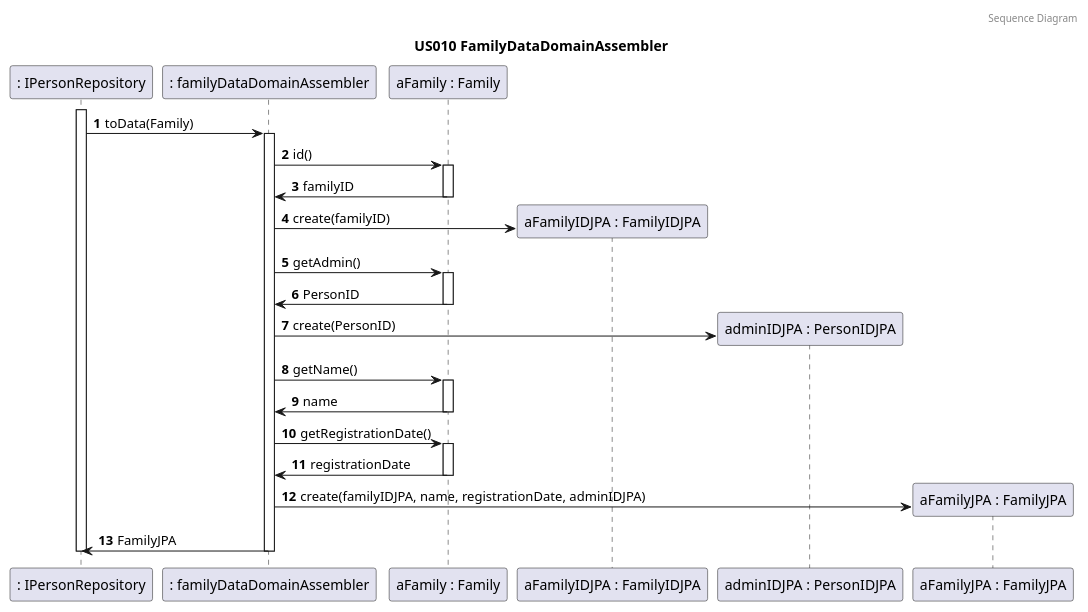
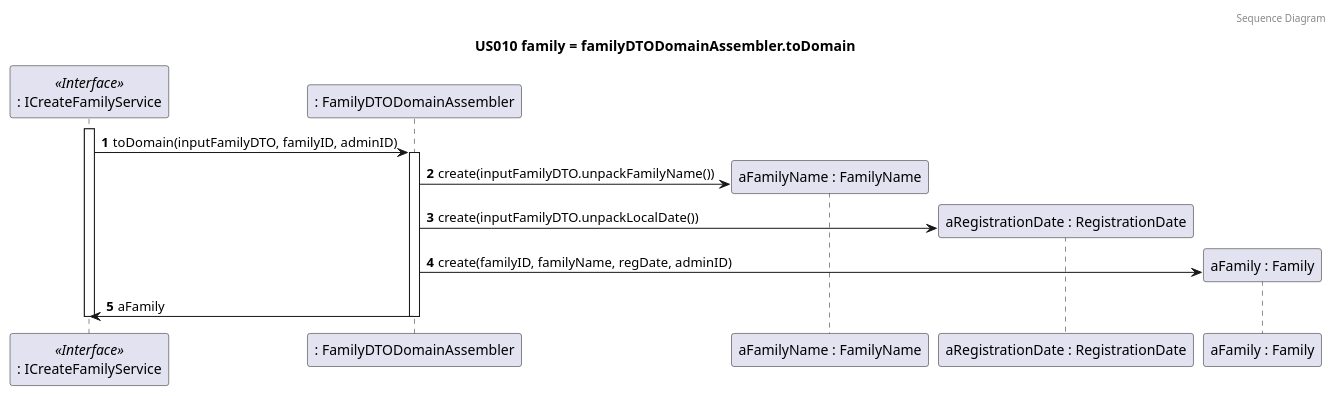
The fifth of 8 diagrams in docs/sprint4/user_stories/US010_CreateAFamilyAndSetAdministrator.md (tomas-osswald/switch_2020_g3), drawn with PlantUML before and after one commit.

Commit message:
changed SDs to match established namings and include interface stereotypes

`````diff
--- a/docs/sprint4/user_stories/US010_CreateAFamilyAndSetAdministrator.md
+++ b/docs/sprint4/user_stories/US010_CreateAFamilyAndSetAdministrator.md
@@ -228,42 +204,25 @@
 ````puml
 @startuml
 
 autonumber
 header Sequence Diagram
-title US010 FamilyDataDomainAssembler 
+title US010 family = familyDTODomainAssembler.toDomain 
 
-participant ": IPersonRepository" as personRepo
-participant ": familyDataDomainAssembler" as assembler
-participant "aFamily : Family" as Family
-participant "aFamilyIDJPA : FamilyIDJPA" as FamilyIDJPA
-participant "adminIDJPA : PersonIDJPA" as PersonIDJPA
-participant "aFamilyJPA : FamilyJPA" as FamilyJPA
+participant ": ICreateFamilyService" as CreateFamService <<Interface>>
+participant ": FamilyDTODomainAssembler" as assembler
+participant "aFamilyName : FamilyName" as familyName
+participant "aRegistrationDate : RegistrationDate" as regDate
+participant "aFamily : Family" as family
 
-activate personRepo
-personRepo -> assembler : toData(Family)
+activate CreateFamService
+CreateFamService -> assembler : toDomain(inputFamilyDTO, familyID, adminID)
 activate assembler
-assembler -> Family : id()
-activate Family 
-Family -> assembler : familyID
-deactivate Family 
-assembler -> FamilyIDJPA** : create(familyID)
-assembler -> Family : getAdmin()
-activate Family 
-Family -> assembler : PersonID
-deactivate Family 
-assembler -> PersonIDJPA** : create(PersonID)
-assembler -> Family : getName()
-activate Family 
-Family -> assembler : name
-deactivate Family 
-assembler -> Family : getRegistrationDate()
-activate Family 
-Family -> assembler : registrationDate
-deactivate Family 
-assembler -> FamilyJPA** : create(familyIDJPA, name, registrationDate, adminIDJPA)
-assembler -> personRepo : FamilyJPA
+assembler -> familyName** : create(inputFamilyDTO.unpackFamilyName())
+assembler -> regDate** : create(inputFamilyDTO.unpackLocalDate())
+assembler -> family** : create(familyID, familyName, regDate, adminID)
+assembler -> CreateFamService : aFamily
 deactivate assembler
-deactivate personRepo
+deactivate CreateFamService
 
 @enduml
 ````
`````
